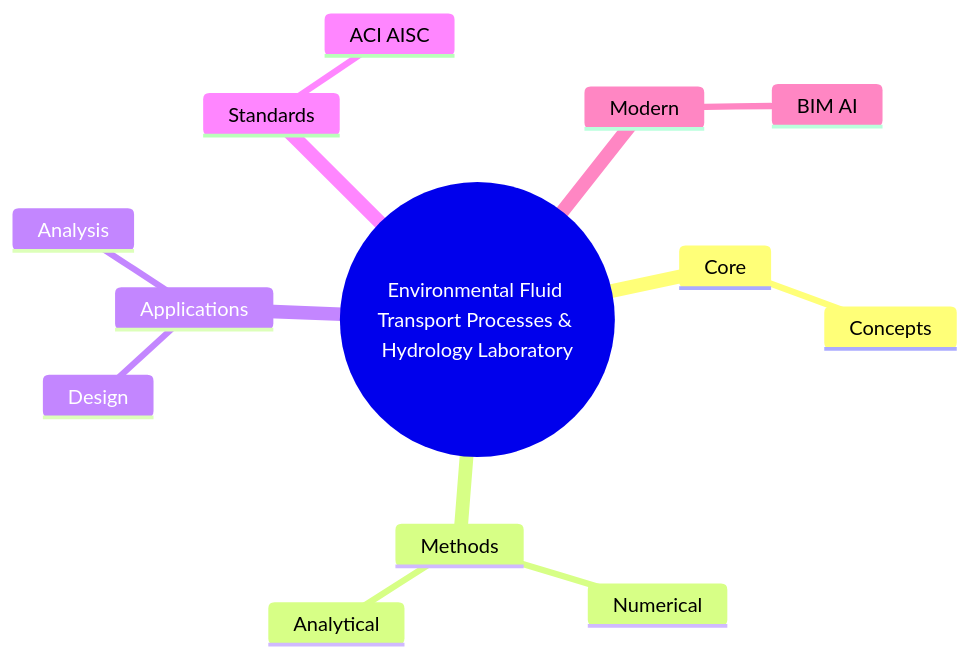
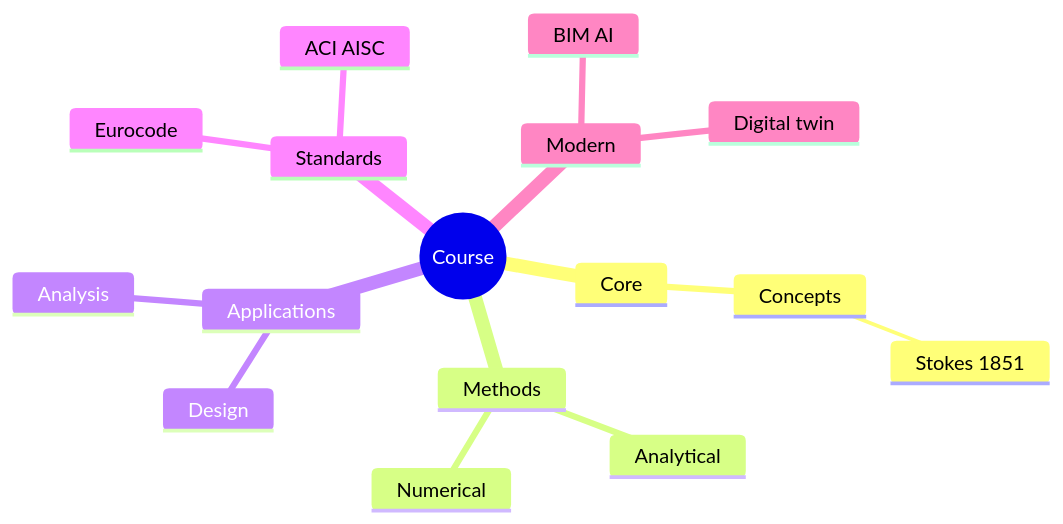
One commit to yip-lgtm/civil-bootcamp changed the second of 6 diagrams in MIT_CEE_Core/Track_1_Environment/Fluids_Transport_Engineering/05_1.106_Environmental_Fluid_Transport_Hydrology_Lab.md. Above: the diagram before and after it, drawn with Mermaid. The commit also changed other lines of this file and 56 other files, not shown here.

````diff
--- a/MIT_CEE_Core/Track_1_Environment/Fluids_Transport_Engineering/05_1.106_Environmental_Fluid_Transport_Hydrology_Lab.md
+++ b/MIT_CEE_Core/Track_1_Environment/Fluids_Transport_Engineering/05_1.106_Environmental_Fluid_Transport_Hydrology_Lab.md
@@ -261,16 +441,19 @@
 ```mermaid
 mindmap
-    root((Environmental Fluid Transport Processes & Hydrology Laboratory))
-      Core
-        Concepts
-      Methods
-        Analytical
-        Numerical
-      Applications
-        Design
-        Analysis
-      Standards
-        ACI AISC
-      Modern
-        BIM AI
+  root((Course))
+    Core
+      Concepts
+        Stokes 1851
+    Methods
+      Analytical
+      Numerical
+    Applications
+      Design
+      Analysis
+    Standards
+      ACI AISC
+      Eurocode
+    Modern
+      BIM AI
+      Digital twin
 ```
````
